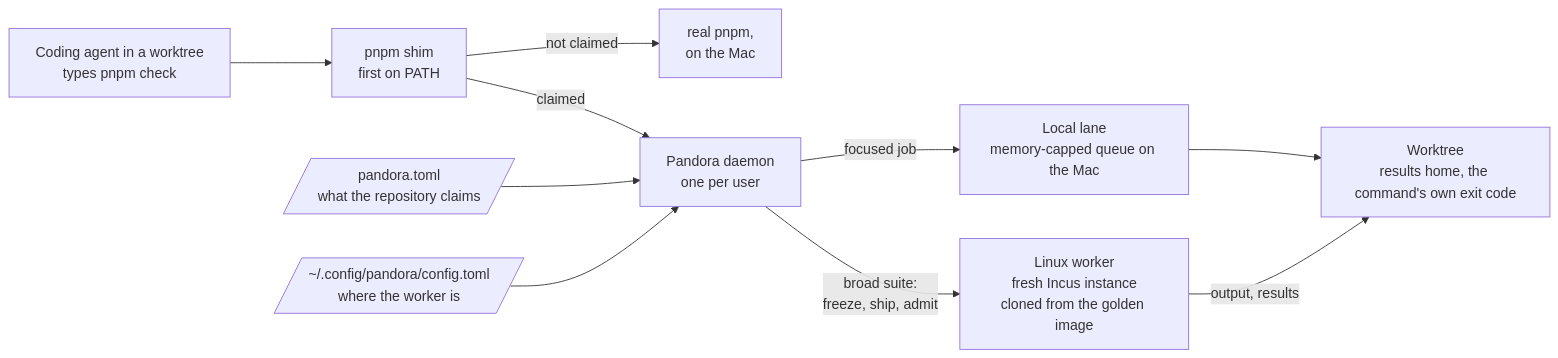
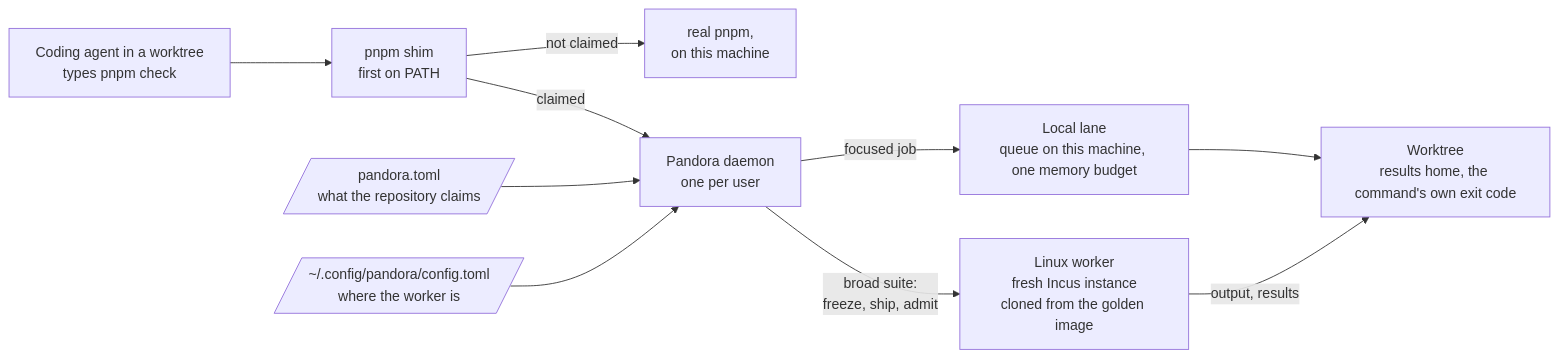
The diagram in README.md (gbasin/pandora), drawn with Mermaid before and after one commit. The commit also changed other lines of this file, not shown here.

First line of the commit message:
README: the opening is one agent's story, and nothing in it is eichler's (#123)

````diff
--- a/README.md
+++ b/README.md
@@ -50,12 +72,12 @@
 ```mermaid
 flowchart LR
     agent["Coding agent in a worktree<br/>types pnpm check"] --> shim["pnpm shim<br/>first on PATH"]
-    shim -- "not claimed" --> real["real pnpm,<br/>on the Mac"]
+    shim -- "not claimed" --> real["real pnpm,<br/>on this machine"]
     shim -- "claimed" --> daemon["Pandora daemon<br/>one per user"]
     toml[/"pandora.toml<br/>what the repository claims"/] --> daemon
     cfg[/"~/.config/pandora/config.toml<br/>where the worker is"/] --> daemon
-    daemon -- "focused job" --> local["Local lane<br/>memory-capped queue on the Mac"]
+    daemon -- "focused job" --> local["Local lane<br/>queue on this machine, one memory budget"]
     daemon -- "broad suite:<br/>freeze, ship, admit" --> worker["Linux worker<br/>fresh Incus instance<br/>cloned from the golden image"]
     local --> home["Worktree<br/>results home, the command's own exit code"]
     worker -- "output, results" --> home
 ```
````
